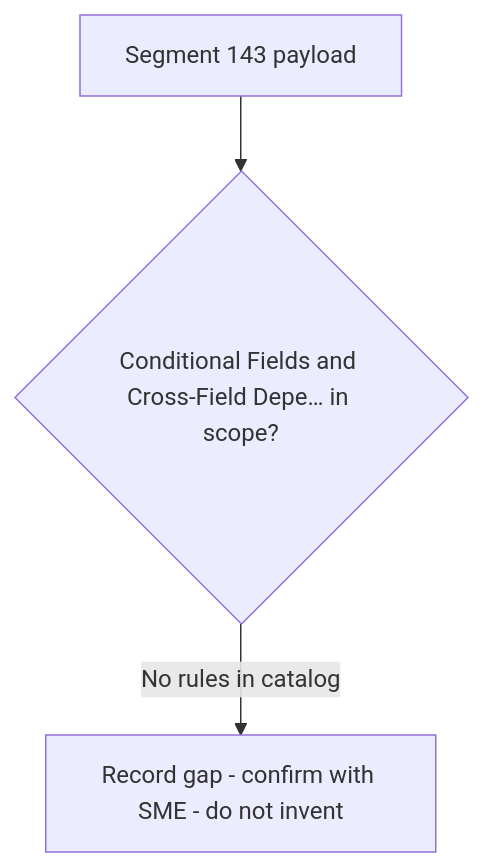
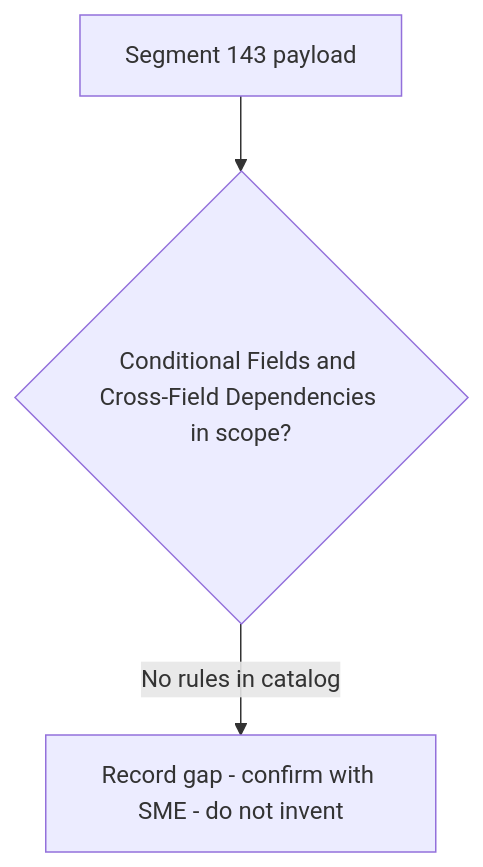
The diagram in regression-artifact-validator/specifications/ATL105/docs/specs/kb/segment-143/conditional-dependency-rules-flow.md (DhanSingh-hub/core-auth-ai-validation-framework), drawn with Mermaid before and after one commit. The commit also changed 150 other files, not shown here.

````diff
--- a/regression-artifact-validator/specifications/ATL105/docs/specs/kb/segment-143/conditional-dependency-rules-flow.md
+++ b/regression-artifact-validator/specifications/ATL105/docs/specs/kb/segment-143/conditional-dependency-rules-flow.md
@@ -3,5 +3,5 @@
 ```mermaid
 flowchart TD
-    A[Segment 143 payload] --> B{Conditional Fields and Cross-Field Depe… in scope?}
+    A[Segment 143 payload] --> B{Conditional Fields and Cross-Field Dependencies in scope?}
     B -->|No rules in catalog| G[Record gap - confirm with SME - do not invent]
 ```
````
